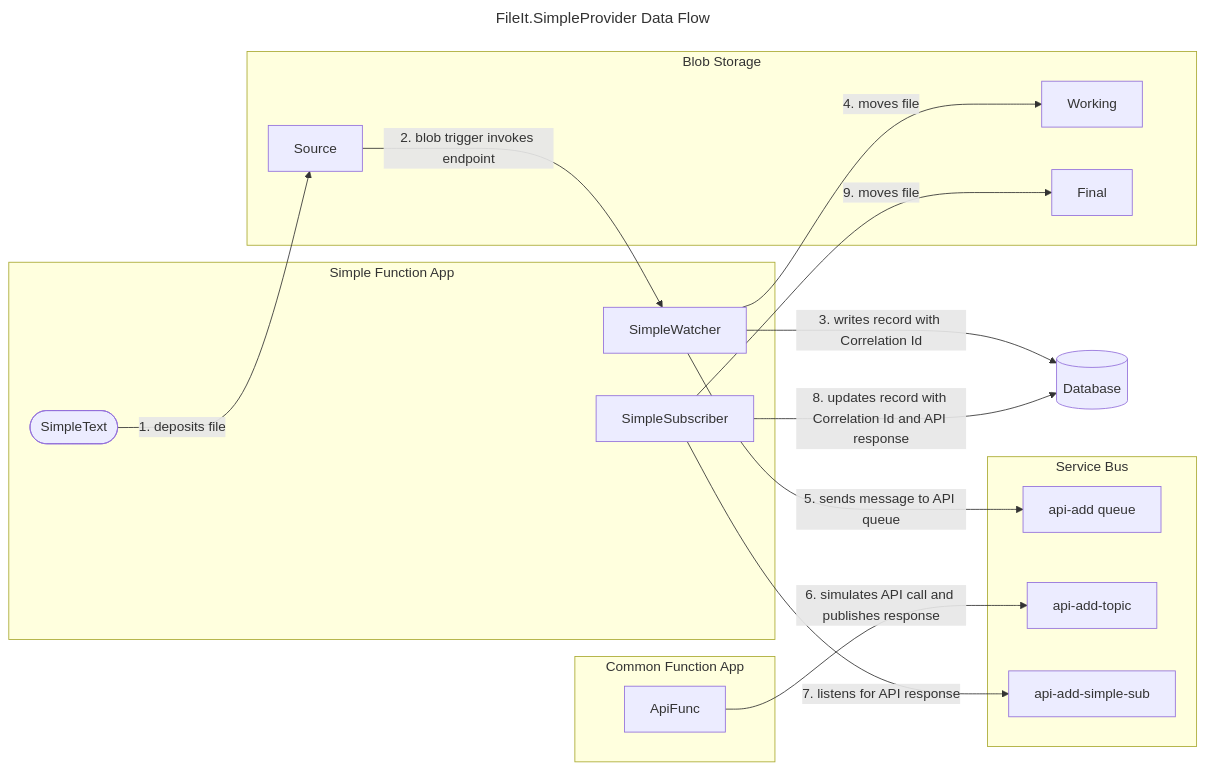
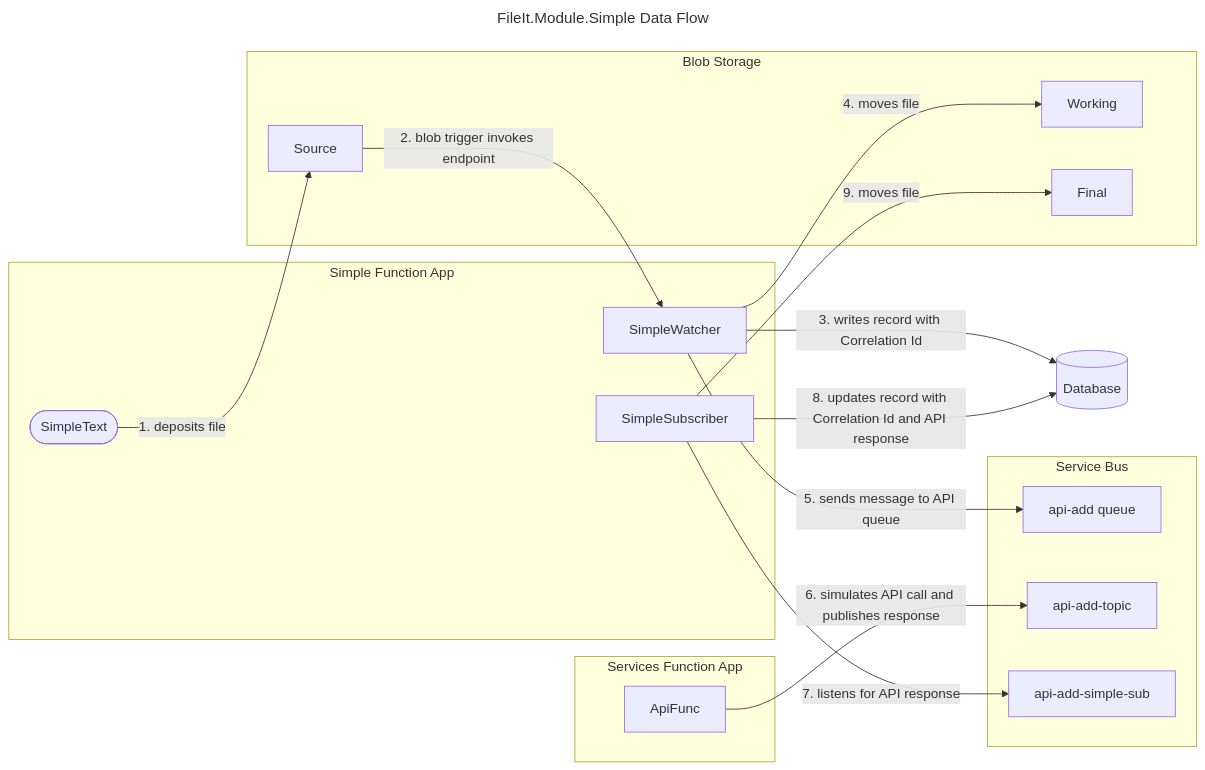
Before and after one commit to cesarmeraz/cmeraz-fileit: the fourth of 4 diagrams in docs/architecture.md, drawn with Mermaid. The commit also changed other lines of this file and 34 other files, not shown here.

````diff
--- a/docs/architecture.md
+++ b/docs/architecture.md
@@ -88,34 +88,34 @@
 ```mermaid
 ---
-title: FileIt.SimpleProvider Data Flow
+title: FileIt.Module.Simple Data Flow
 ---
 flowchart LR
   subgraph Service Bus
     api-add["api-add queue"]
     api-add-topic
     api-add-simple-sub
   end
   subgraph Blob Storage
     Source
     Working
     Final
   end
   subgraph Simple Function App
     SimpleTest(["SimpleText"])
     SimpleWatcher
     SimpleSubscriber
   end
-  subgraph Common Function App
+  subgraph Services Function App
     ApiFunc
   end
   DB[("Database")]
   SimpleTest -- 1. deposits file --> Source 
   Source -- 2. blob trigger invokes endpoint --> SimpleWatcher
   SimpleWatcher -- 3. writes record with Correlation Id --> DB
   SimpleWatcher -- 4. moves file --> Working
   SimpleWatcher -- 5. sends message to API queue --> api-add
   ApiFunc -- 6. simulates API call and publishes response --> api-add-topic
   SimpleSubscriber -- 7. listens for API response --> api-add-simple-sub
   SimpleSubscriber -- 8. updates record with Correlation Id and API response --> DB
   SimpleSubscriber -- 9. moves file --> Final
 ```
````
